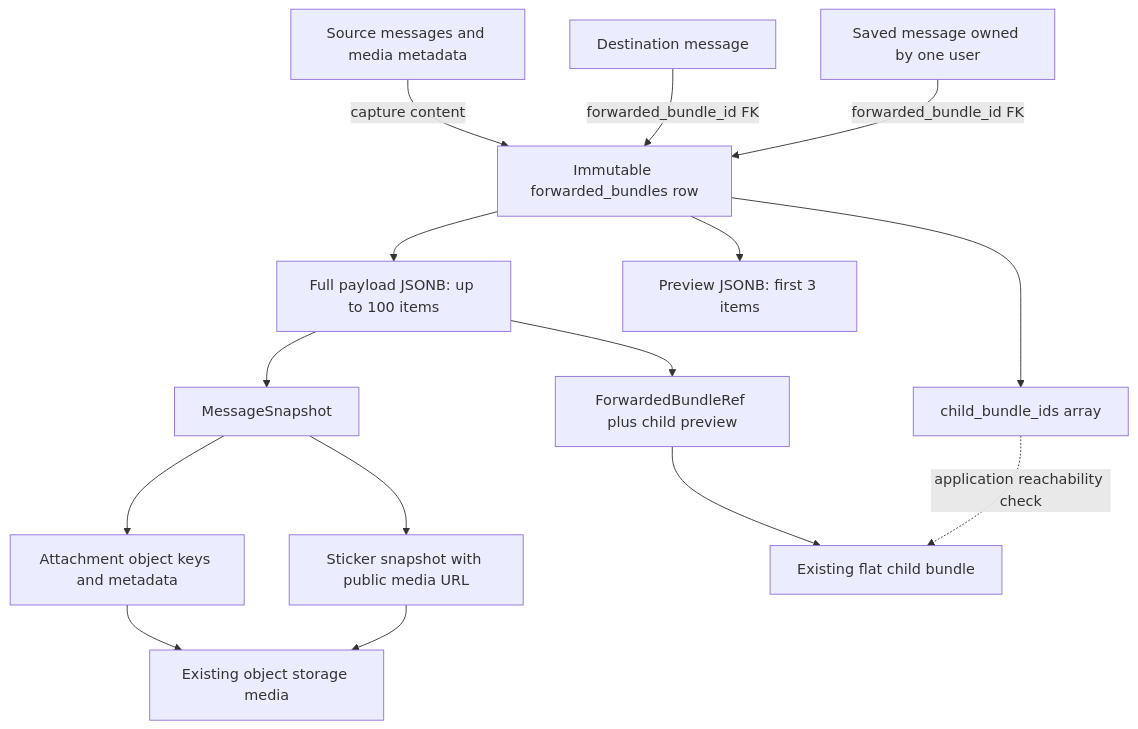
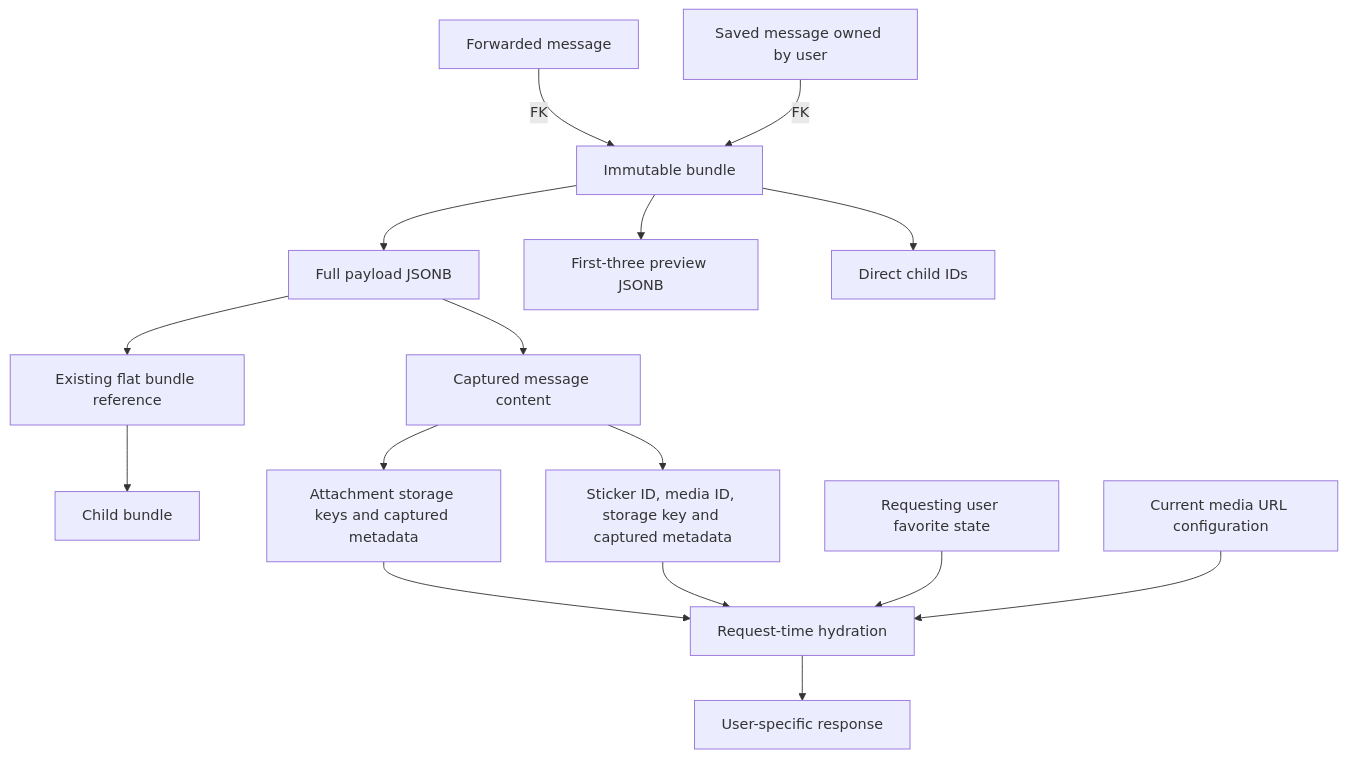
One commit to chahua-im/chahua changed the second of 3 diagrams in docs/forward.md. Above: the diagram before and after it, drawn with Mermaid. The commit also changed other lines of this file and 5 other files, not shown here.

````diff
--- a/docs/forward.md
+++ b/docs/forward.md
@@ -43,17 +53,18 @@
 ```mermaid
 flowchart TD
-    SRC[Source messages and media metadata] -->|capture content| B
-    M[Destination message] -->|forwarded_bundle_id FK| B[Immutable forwarded_bundles row]
-    SAV[Saved message owned by one user] -->|forwarded_bundle_id FK| B
-    B --> P[Full payload JSONB: up to 100 items]
-    B --> V[Preview JSONB: first 3 items]
-    B --> IDS[child_bundle_ids array]
-    P --> SNAP[MessageSnapshot]
-    P --> REF[ForwardedBundleRef plus child preview]
-    REF --> CHILD[Existing flat child bundle]
-    IDS -. application reachability check .-> CHILD
-    SNAP --> ATT[Attachment object keys and metadata]
-    SNAP --> ST[Sticker snapshot with public media URL]
-    ATT --> OBJ[Existing object storage media]
-    ST --> OBJ
+    M[Forwarded message] -->|FK| B[Immutable bundle]
+    SAV[Saved message owned by user] -->|FK| B
+    B --> P[Full payload JSONB]
+    B --> V[First-three preview JSONB]
+    B --> IDS[Direct child IDs]
+    P --> MSG[Captured message content]
+    P --> REF[Existing flat bundle reference]
+    REF --> CHILD[Child bundle]
+    MSG --> A[Attachment storage keys and captured metadata]
+    MSG --> ST[Sticker ID, media ID, storage key and captured metadata]
+    A --> H[Request-time hydration]
+    ST --> H
+    USER[Requesting user favorite state] --> H
+    CFG[Current media URL configuration] --> H
+    H --> RESPONSE[User-specific response]
 ```
````
